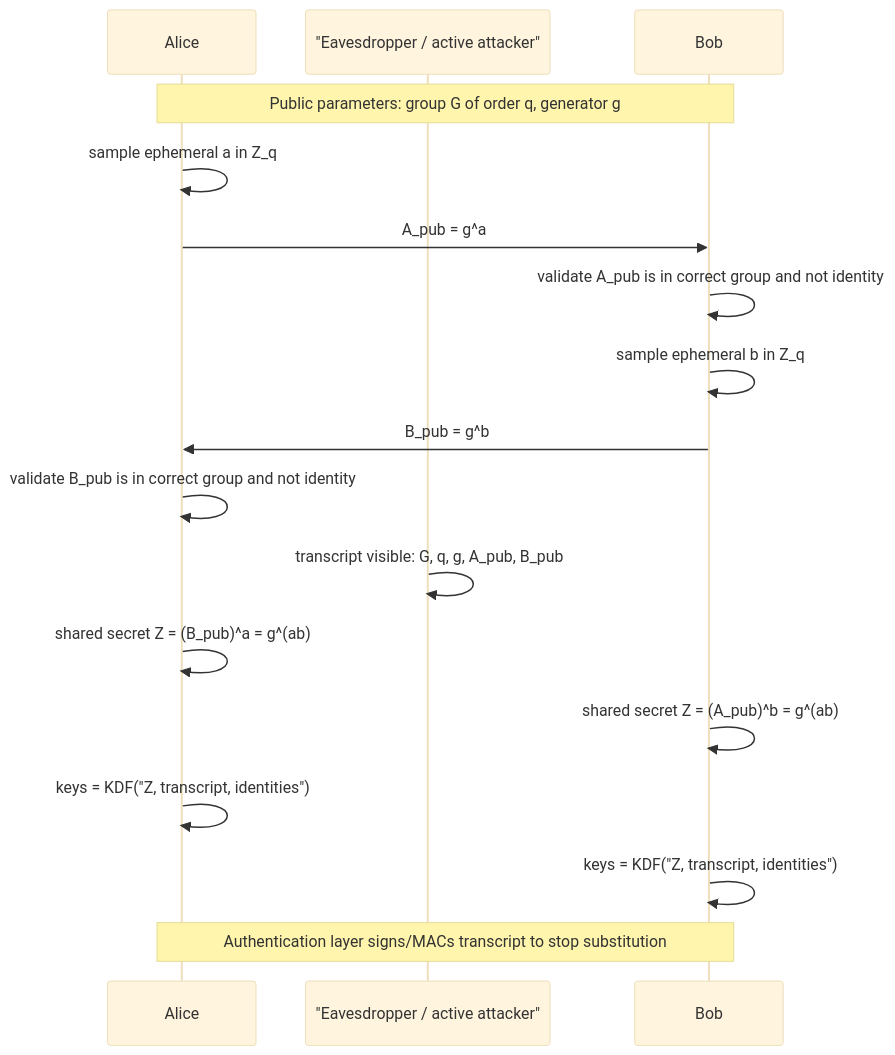
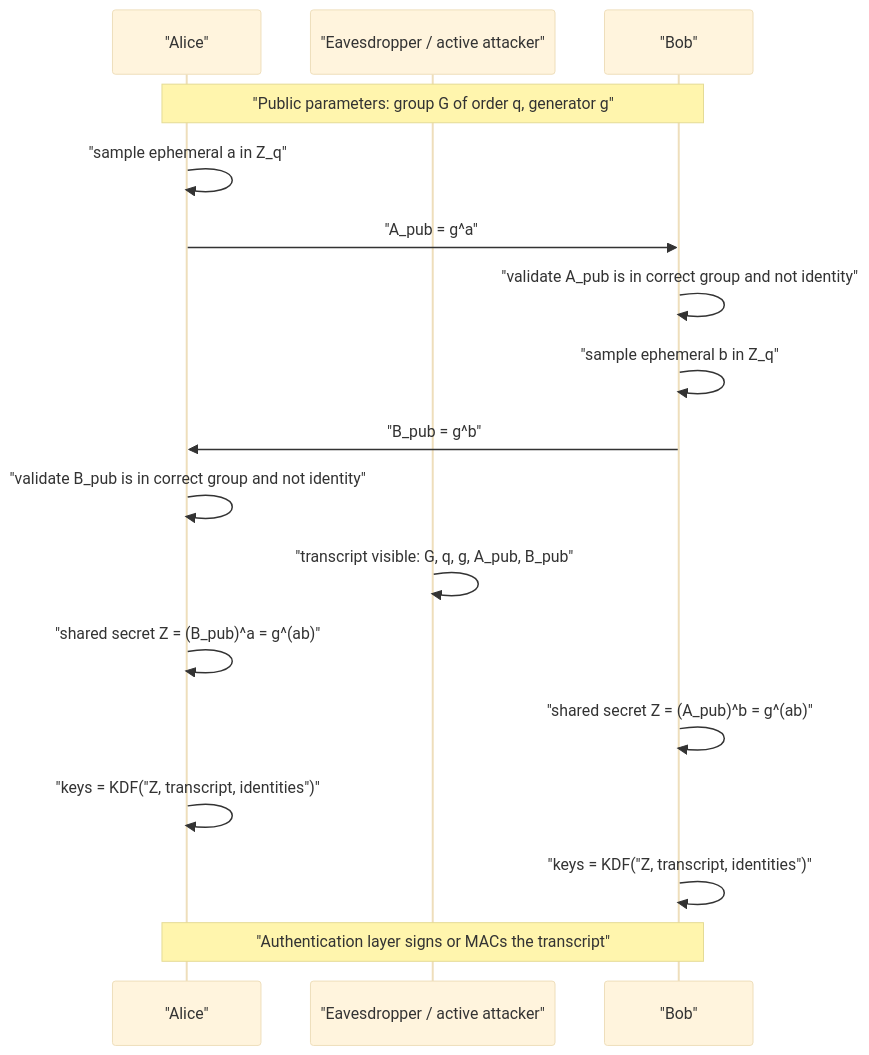
The diagram in docs/cs/cryptography/discrete-log-diffie-hellman.md (justinbrianhwang/SJ-wiki), drawn with Mermaid (base theme) before and after one commit. The commit also changed other lines of this file and 955 other files, not shown here.

````diff
--- a/docs/cs/cryptography/discrete-log-diffie-hellman.md
+++ b/docs/cs/cryptography/discrete-log-diffie-hellman.md
@@ -93,19 +89,19 @@
 ```mermaid
 sequenceDiagram
-  participant A as Alice
+  participant A as "Alice"
   participant E as "Eavesdropper / active attacker"
-  participant B as Bob
-  Note over A,B: Public parameters: group G of order q, generator g
-  A->>A: sample ephemeral a in Z_q
-  A->>B: A_pub = g^a
-  B->>B: validate A_pub is in correct group and not identity
-  B->>B: sample ephemeral b in Z_q
-  B->>A: B_pub = g^b
-  A->>A: validate B_pub is in correct group and not identity
-  E->>E: transcript visible: G, q, g, A_pub, B_pub
-  A->>A: shared secret Z = (B_pub)^a = g^(ab)
-  B->>B: shared secret Z = (A_pub)^b = g^(ab)
-  A->>A: keys = KDF("Z, transcript, identities")
-  B->>B: keys = KDF("Z, transcript, identities")
-  Note over A,B: Authentication layer signs/MACs transcript to stop substitution
+  participant B as "Bob"
+  Note over A,B: "Public parameters: group G of order q, generator g"
+  A->>A: "sample ephemeral a in Z_q"
+  A->>B: "A_pub = g^a"
+  B->>B: "validate A_pub is in correct group and not identity"
+  B->>B: "sample ephemeral b in Z_q"
+  B->>A: "B_pub = g^b"
+  A->>A: "validate B_pub is in correct group and not identity"
+  E->>E: "transcript visible: G, q, g, A_pub, B_pub"
+  A->>A: "shared secret Z = (B_pub)^a = g^(ab)"
+  B->>B: "shared secret Z = (A_pub)^b = g^(ab)"
+  A->>A: "keys = KDF("Z, transcript, identities")"
+  B->>B: "keys = KDF("Z, transcript, identities")"
+  Note over A,B: "Authentication layer signs or MACs the transcript"
 ```
````
